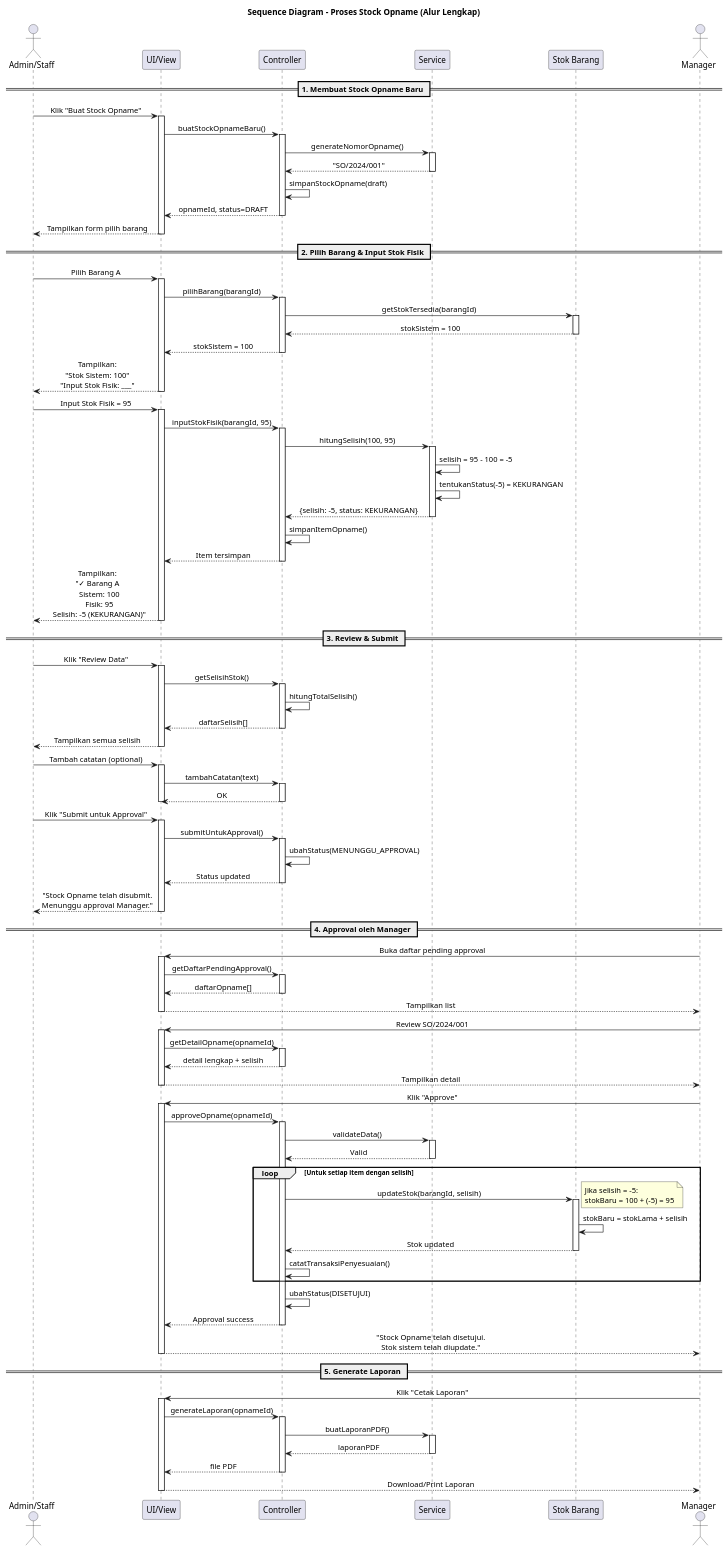
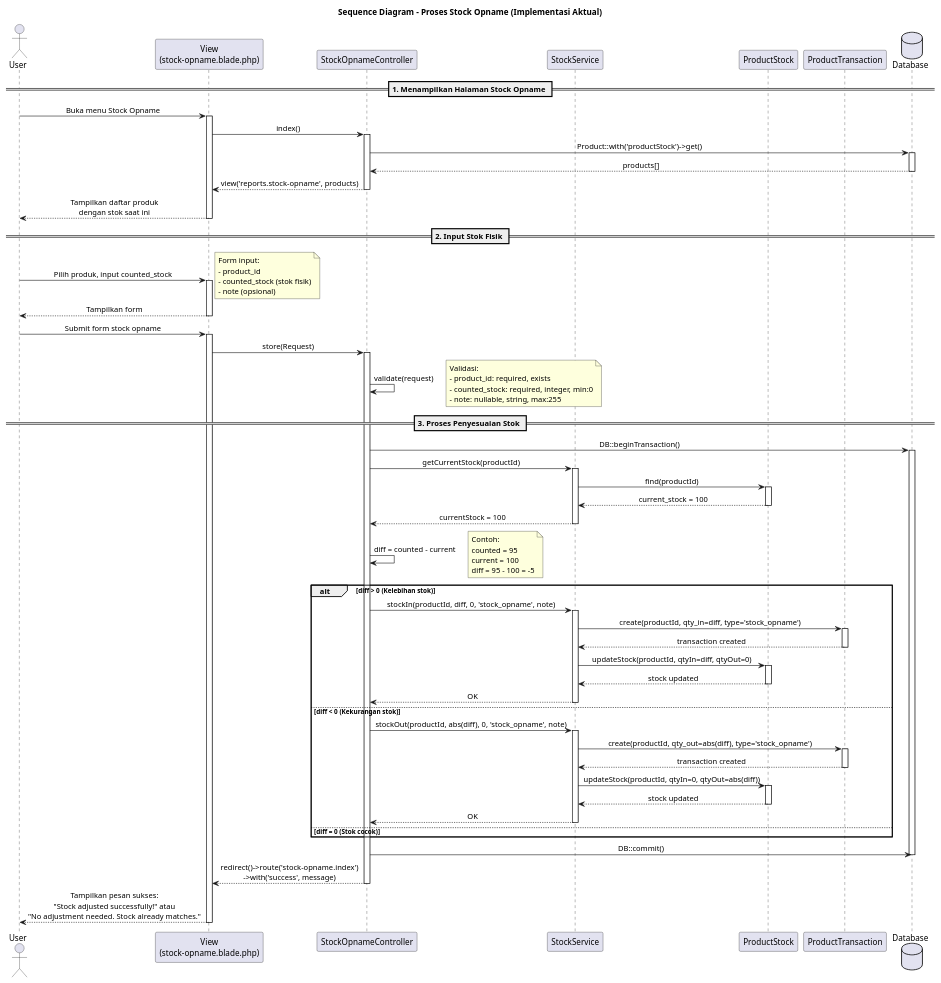
One commit to watimirna/uts-rpl changed the diagram in diagrams/stock-opname-sequence.puml. Above: the diagram before and after it, drawn with PlantUML. The commit also changed 12 other files, not shown here.

Commit message:
feat: update diagrams

```diff
--- a/diagrams/stock-opname-sequence.puml
+++ b/diagrams/stock-opname-sequence.puml
@@ -1,161 +1,120 @@
 @startuml Stock Opname Sequence Diagram
 
 ' Styling
 skinparam sequenceMessageAlign center
 skinparam responseMessageBelowArrow true
 
-title Sequence Diagram - Proses Stock Opname (Alur Lengkap)
+title Sequence Diagram - Proses Stock Opname (Implementasi Aktual)
 
-actor "Admin/Staff" as User
-participant "UI/View" as View
-participant "Controller" as Ctrl
-participant "Service" as Svc
-participant "Stok Barang" as Stock
+actor "User" as User
+participant "View\n(stock-opname.blade.php)" as View
+participant "StockOpnameController" as Ctrl
+participant "StockService" as Svc
+participant "ProductStock" as Stock
+participant "ProductTransaction" as Trans
+database "Database" as DB
 
-== 1. Membuat Stock Opname Baru ==
-User -> View: Klik "Buat Stock Opname"
+== 1. Menampilkan Halaman Stock Opname ==
+User -> View: Buka menu Stock Opname
 activate View
-View -> Ctrl: buatStockOpnameBaru()
+View -> Ctrl: index()
 activate Ctrl
 
-Ctrl -> Svc: generateNomorOpname()
+Ctrl -> DB: Product::with('productStock')->get()
+activate DB
+DB --> Ctrl: products[]
+deactivate DB
+
+Ctrl --> View: view('reports.stock-opname', products)
+deactivate Ctrl
+View --> User: Tampilkan daftar produk\ndengan stok saat ini
+deactivate View
+
+== 2. Input Stok Fisik ==
+User -> View: Pilih produk, input counted_stock
+activate View
+note right
+  Form input:
+  - product_id
+  - counted_stock (stok fisik)
+  - note (opsional)
+end note
+View --> User: Tampilkan form
+deactivate View
+
+User -> View: Submit form stock opname
+activate View
+View -> Ctrl: store(Request)
+activate Ctrl
+
+Ctrl -> Ctrl: validate(request)
+note right
+  Validasi:
+  - product_id: required, exists
+  - counted_stock: required, integer, min:0
+  - note: nullable, string, max:255
+end note
+
+== 3. Proses Penyesuaian Stok ==
+Ctrl -> DB: DB::beginTransaction()
+activate DB
+
+Ctrl -> Svc: getCurrentStock(productId)
 activate Svc
-Svc --> Ctrl: "SO/2024/001"
+Svc -> Stock: find(productId)
+activate Stock
+Stock --> Svc: current_stock = 100
+deactivate Stock
+Svc --> Ctrl: currentStock = 100
 deactivate Svc
 
-Ctrl -> Ctrl: simpanStockOpname(draft)
-Ctrl --> View: opnameId, status=DRAFT
-deactivate Ctrl
-View --> User: Tampilkan form pilih barang
-deactivate View
+Ctrl -> Ctrl: diff = counted - current
+note right
+  Contoh:
+  counted = 95
+  current = 100
+  diff = 95 - 100 = -5
+end note
 
-== 2. Pilih Barang & Input Stok Fisik ==
-User -> View: Pilih Barang A
-activate View
-View -> Ctrl: pilihBarang(barangId)
-activate Ctrl
+alt diff > 0 (Kelebihan stok)
+    Ctrl -> Svc: stockIn(productId, diff, 0, 'stock_opname', note)
+    activate Svc
+    Svc -> Trans: create(productId, qty_in=diff, type='stock_opname')
+    activate Trans
+    Trans --> Svc: transaction created
+    deactivate Trans
+    Svc -> Stock: updateStock(productId, qtyIn=diff, qtyOut=0)
+    activate Stock
+    Stock --> Svc: stock updated
+    deactivate Stock
+    Svc --> Ctrl: OK
+    deactivate Svc
 
-Ctrl -> Stock: getStokTersedia(barangId)
-activate Stock
-Stock --> Ctrl: stokSistem = 100
-deactivate Stock
+else diff < 0 (Kekurangan stok)
+    Ctrl -> Svc: stockOut(productId, abs(diff), 0, 'stock_opname', note)
+    activate Svc
+    Svc -> Trans: create(productId, qty_out=abs(diff), type='stock_opname')
+    activate Trans
+    Trans --> Svc: transaction created
+    deactivate Trans
+    Svc -> Stock: updateStock(productId, qtyIn=0, qtyOut=abs(diff))
+    activate Stock
+    Stock --> Svc: stock updated
+    deactivate Stock
+    Svc --> Ctrl: OK
+    deactivate Svc
 
-Ctrl --> View: stokSistem = 100
-deactivate Ctrl
-View --> User: Tampilkan:\n"Stok Sistem: 100"\n"Input Stok Fisik: ___"
-deactivate View
+else diff = 0 (Stok cocok)
+    note right: Tidak ada perubahan diperlukan
+end
 
-User -> View: Input Stok Fisik = 95
-activate View
-View -> Ctrl: inputStokFisik(barangId, 95)
-activate Ctrl
+Ctrl -> DB: DB::commit()
+deactivate DB
 
-Ctrl -> Svc: hitungSelisih(100, 95)
-activate Svc
-Svc -> Svc: selisih = 95 - 100 = -5
-Svc -> Svc: tentukanStatus(-5) = KEKURANGAN
-Svc --> Ctrl: {selisih: -5, status: KEKURANGAN}
-deactivate Svc
-
-Ctrl -> Ctrl: simpanItemOpname()
-Ctrl --> View: Item tersimpan
-deactivate Ctrl
-View --> User: Tampilkan:\n"✓ Barang A\n  Sistem: 100\n  Fisik: 95\n  Selisih: -5 (KEKURANGAN)"
-deactivate View
-
-== 3. Review & Submit ==
-User -> View: Klik "Review Data"
-activate View
-View -> Ctrl: getSelisihStok()
-activate Ctrl
-Ctrl -> Ctrl: hitungTotalSelisih()
-Ctrl --> View: daftarSelisih[]
+Ctrl --> View: redirect()->route('stock-opname.index')\n->with('success', message)
 deactivate Ctrl
 
-View --> User: Tampilkan semua selisih
-deactivate View
-
-User -> View: Tambah catatan (optional)
-activate View
-View -> Ctrl: tambahCatatan(text)
-activate Ctrl
-Ctrl --> View: OK
-deactivate Ctrl
-deactivate View
-
-User -> View: Klik "Submit untuk Approval"
-activate View
-View -> Ctrl: submitUntukApproval()
-activate Ctrl
-Ctrl -> Ctrl: ubahStatus(MENUNGGU_APPROVAL)
-Ctrl --> View: Status updated
-deactivate Ctrl
-View --> User: "Stock Opname telah disubmit.\nMenunggu approval Manager."
-deactivate View
-
-== 4. Approval oleh Manager ==
-actor "Manager" as Manager
-Manager -> View: Buka daftar pending approval
-activate View
-View -> Ctrl: getDaftarPendingApproval()
-activate Ctrl
-Ctrl --> View: daftarOpname[]
-deactivate Ctrl
-View --> Manager: Tampilkan list
-deactivate View
-
-Manager -> View: Review SO/2024/001
-activate View
-View -> Ctrl: getDetailOpname(opnameId)
-activate Ctrl
-Ctrl --> View: detail lengkap + selisih
-deactivate Ctrl
-View --> Manager: Tampilkan detail
-deactivate View
-
-Manager -> View: Klik "Approve"
-activate View
-View -> Ctrl: approveOpname(opnameId)
-activate Ctrl
-
-Ctrl -> Svc: validateData()
-activate Svc
-Svc --> Ctrl: Valid
-deactivate Svc
-
-loop Untuk setiap item dengan selisih
-    Ctrl -> Stock: updateStok(barangId, selisih)
-    activate Stock
-    note right
-      Jika selisih = -5:
-      stokBaru = 100 + (-5) = 95
-    end note
-    Stock -> Stock: stokBaru = stokLama + selisih
-    Stock --> Ctrl: Stok updated
-    deactivate Stock
-    
-    Ctrl -> Ctrl: catatTransaksiPenyesuaian()
-end
-
-Ctrl -> Ctrl: ubahStatus(DISETUJUI)
-Ctrl --> View: Approval success
-deactivate Ctrl
-
-View --> Manager: "Stock Opname telah disetujui.\nStok sistem telah diupdate."
-deactivate View
-
-== 5. Generate Laporan ==
-Manager -> View: Klik "Cetak Laporan"
-activate View
-View -> Ctrl: generateLaporan(opnameId)
-activate Ctrl
-Ctrl -> Svc: buatLaporanPDF()
-activate Svc
-Svc --> Ctrl: laporanPDF
-deactivate Svc
-Ctrl --> View: file PDF
-deactivate Ctrl
-View --> Manager: Download/Print Laporan
+View --> User: Tampilkan pesan sukses:\n"Stock adjusted successfully!" atau\n"No adjustment needed. Stock already matches."
 deactivate View
 
 @enduml
```
